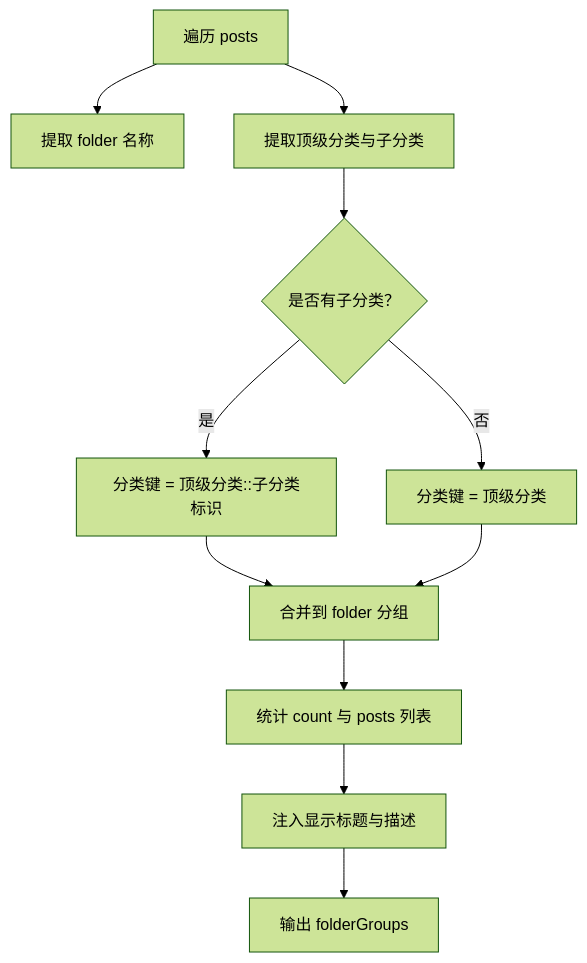
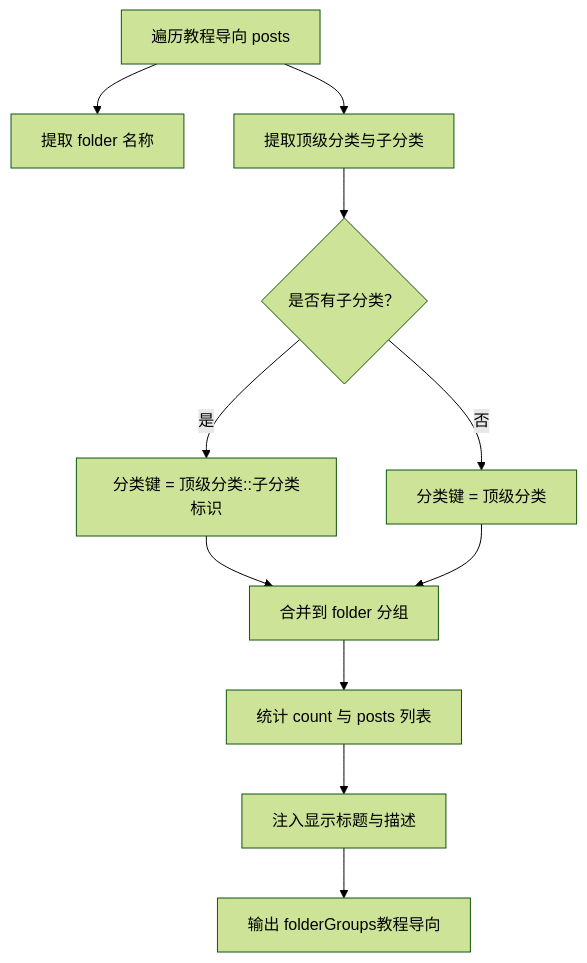
One commit to FXnadu/rainyNight-11ty changed the fifth of 8 diagrams in .qoder/repowiki/zh/content/内容管理系统/内容组织结构.md. Above: the diagram before and after it, drawn with Mermaid (forest theme). The commit also changed other lines of this file and 79 other files, not shown here.

````diff
--- a/.qoder/repowiki/zh/content/内容管理系统/内容组织结构.md
+++ b/.qoder/repowiki/zh/content/内容管理系统/内容组织结构.md
@@ -218,13 +249,13 @@
 ```mermaid
 flowchart TD
-A["遍历 posts"] --> B["提取 folder 名称"]
+A["遍历教程导向 posts"] --> B["提取 folder 名称"]
 A --> C["提取顶级分类与子分类"]
 C --> D{"是否有子分类？"}
 D --> |是| E["分类键 = 顶级分类::子分类标识"]
 D --> |否| F["分类键 = 顶级分类"]
 E --> G["合并到 folder 分组"]
 F --> G
 G --> H["统计 count 与 posts 列表"]
 H --> I["注入显示标题与描述"]
-I --> J["输出 folderGroups"]
+I --> J["输出 folderGroups教程导向"]
 ```
````
